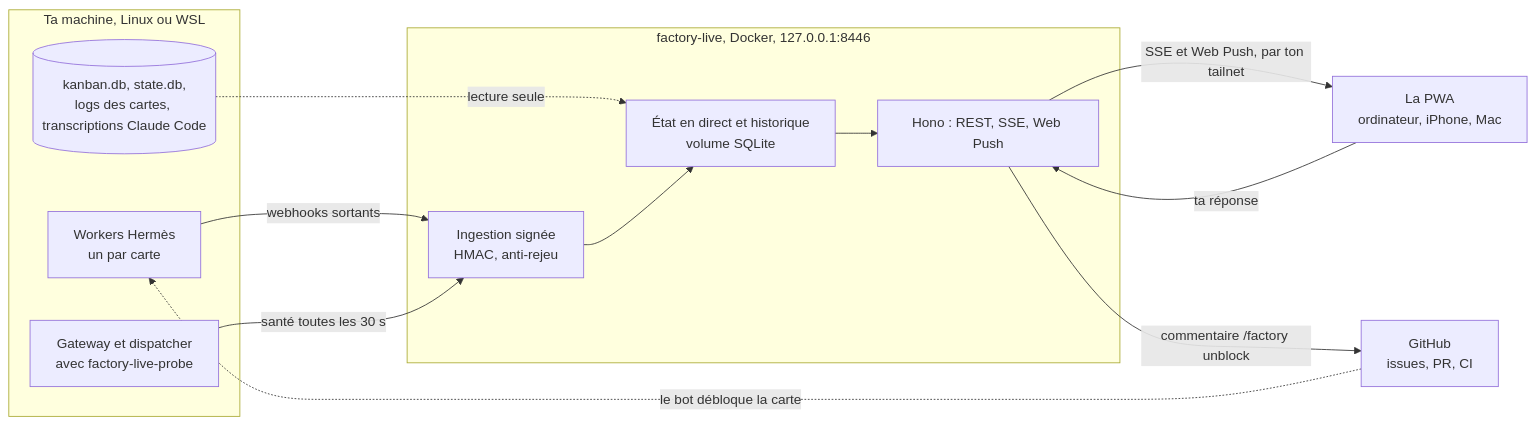
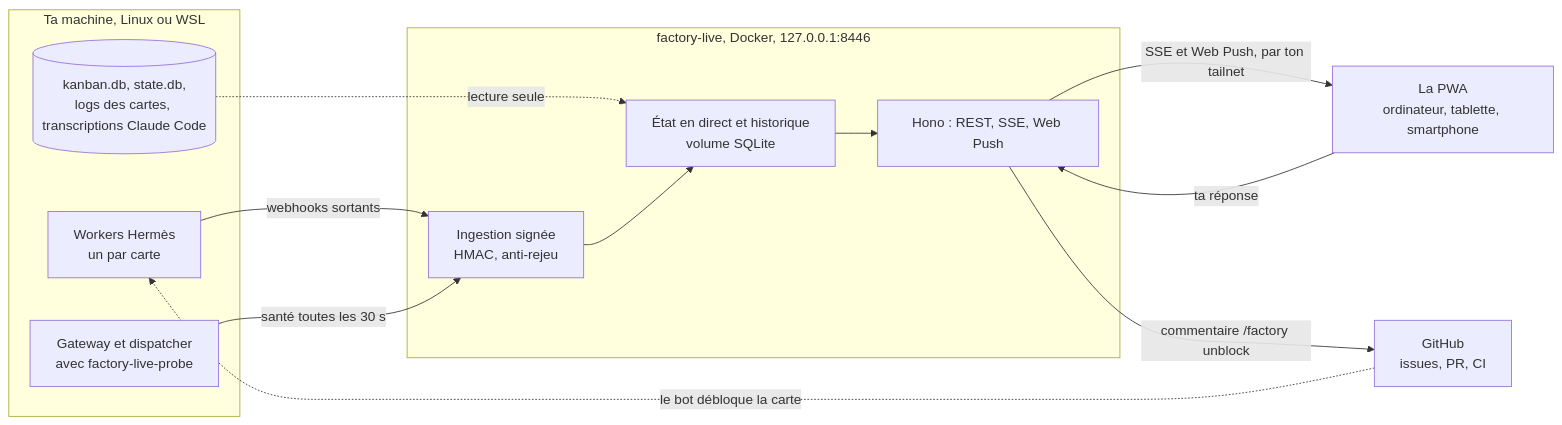
Before and after one commit to code-my-life/factory-live: the diagram in README.fr.md, drawn with Mermaid. The commit also changed other lines of this file and 10 other files, not shown here.

First line of the commit message:
Site et README : une PWA pour ordinateur, tablette et smartphone, dite dès le héros

````diff
--- a/README.fr.md
+++ b/README.fr.md
@@ -90,23 +92,23 @@
 ```mermaid
 flowchart LR
   subgraph host["Ta machine, Linux ou WSL"]
     W["Workers Hermès<br/>un par carte"]
     G["Gateway et dispatcher<br/>avec factory-live-probe"]
     D[("kanban.db, state.db,<br/>logs des cartes, transcriptions Claude Code")]
   end
   subgraph box["factory-live, Docker, 127.0.0.1:8446"]
     I["Ingestion signée<br/>HMAC, anti-rejeu"]
     S["État en direct et historique<br/>volume SQLite"]
     A["Hono : REST, SSE, Web Push"]
   end
-  P["La PWA<br/>ordinateur, iPhone, Mac"]
+  P["La PWA<br/>ordinateur, tablette, smartphone"]
   GH["GitHub<br/>issues, PR, CI"]
   W -- "webhooks sortants" --> I
   G -- "santé toutes les 30 s" --> I
   D -. "lecture seule" .-> S
   I --> S --> A
   A -- "SSE et Web Push, par ton tailnet" --> P
   P -- "ta réponse" --> A
   A -- "commentaire /factory unblock" --> GH
   GH -. "le bot débloque la carte" .-> W
 ```
````
